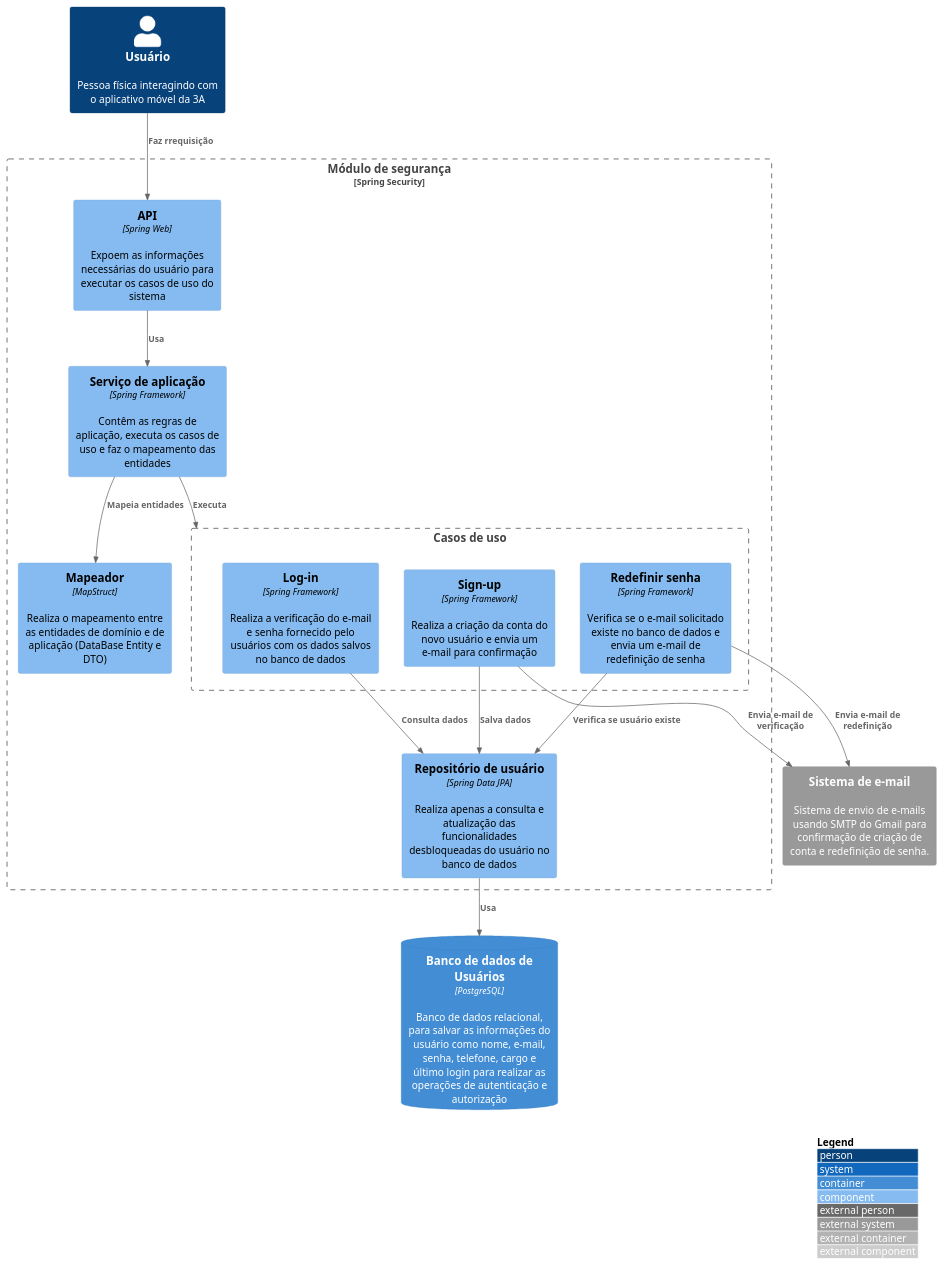
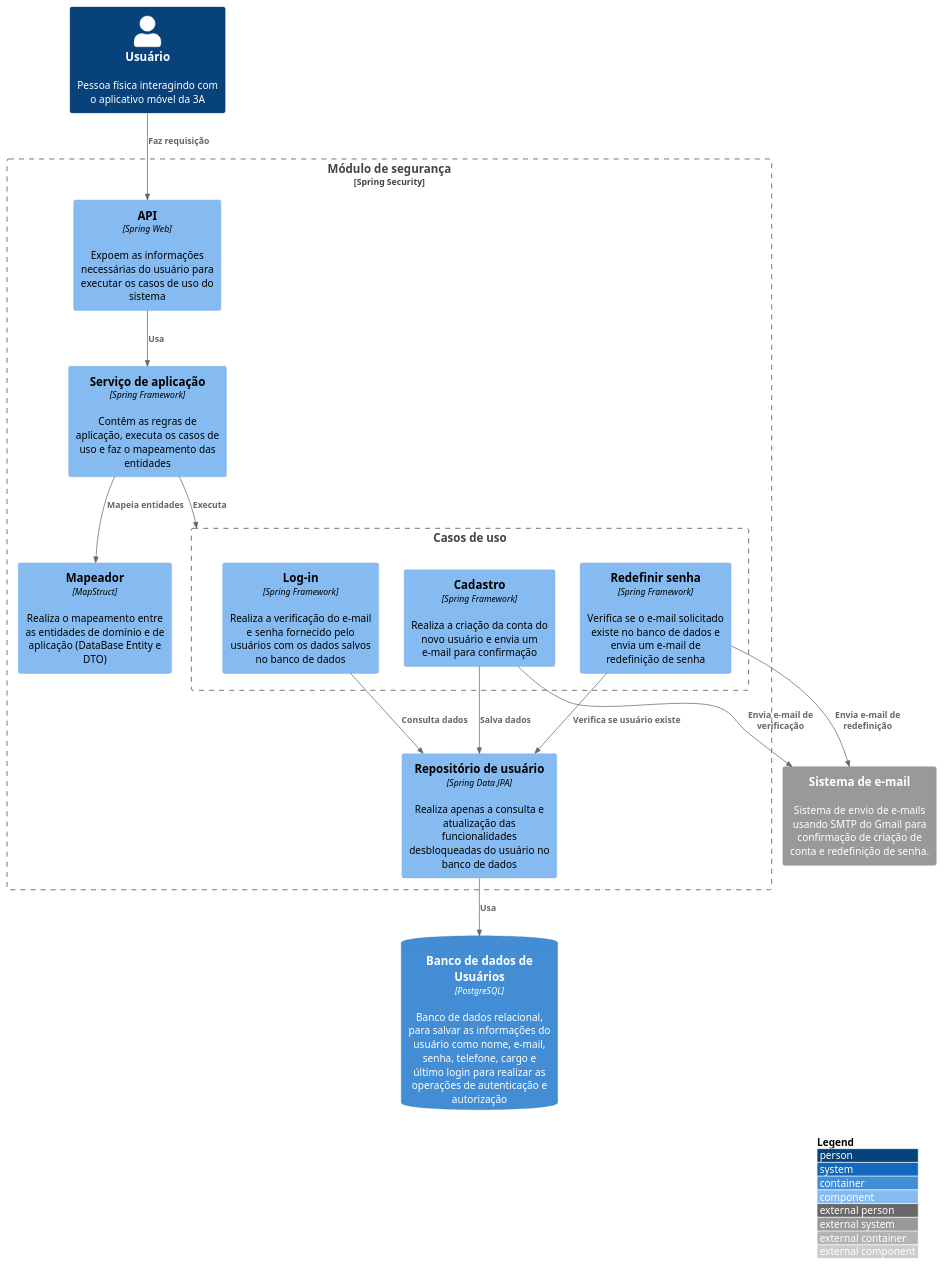
One commit to Open-3A/3A-c4-model changed the diagram in C3 Components/Back-end/Módulo de segurança/security_module.puml. Above: the diagram before and after it, drawn with PlantUML. The commit also changed 8 other files, not shown here.

Commit message:
refactor: grammar correction and diagrams hot fix

```diff
--- a/C3 Components/Back-end/Módulo de segurança/security_module.puml
+++ b/C3 Components/Back-end/Módulo de segurança/security_module.puml
@@ -1,37 +1,37 @@
 @startuml Security Module
 
 !include https://raw.githubusercontent.com/adrianvlupu/C4-PlantUML/latest/C4_Component.puml
 
 LAYOUT_WITH_LEGEND()
 
 Person(user, "Usuário", "Pessoa física interagindo com o aplicativo móvel da 3A")
 
 System_Ext(mail, "Sistema de e-mail", "Sistema de envio de e-mails usando SMTP do Gmail para confirmação de criação de conta e redefinição de senha.")
 ContainerDb(user_db, "Banco de dados de Usuários", "PostgreSQL", "Banco de dados relacional, para salvar as informações do usuário como nome, e-mail, senha, telefone, cargo e último login para realizar as operações de autenticação e autorização")
 
 Boundary(security_module, "Módulo de segurança", "Spring Security"){
   Component(security_api, "API", "Spring Web", "Expoem as informações necessárias do usuário para executar os casos de uso do sistema")
   Component(security_service, "Serviço de aplicação", "Spring Framework", "Contêm as regras de aplicação, executa os casos de uso e faz o mapeamento das entidades")
   Component(report_mapper, "Mapeador", "MapStruct", "Realiza o mapeamento entre as entidades de domínio e de aplicação (DataBase Entity e DTO)")
 
   Boundary(security_use_cases, "Casos de uso"){
     Component(login_use_case, "Log-in", "Spring Framework", "Realiza a verificação do e-mail e senha fornecido pelo usuários com os dados salvos no banco de dados")
-    Component(signup_use_case, "Sign-up", "Spring Framework", "Realiza a criação da conta do novo usuário e envia um e-mail para confirmação")
+    Component(signup_use_case, "Cadastro", "Spring Framework", "Realiza a criação da conta do novo usuário e envia um e-mail para confirmação")
     Component(reset_pwd_use_case, "Redefinir senha", "Spring Framework", "Verifica se o e-mail solicitado existe no banco de dados e envia um e-mail de redefinição de senha")
   }
 
   Component(user_repository, "Repositório de usuário", "Spring Data JPA", "Realiza apenas a consulta e atualização das funcionalidades desbloqueadas do usuário no banco de dados")
 }
 
-Rel(user, security_api, "Faz rrequisição")
+Rel(user, security_api, "Faz requisição")
 Rel(security_api, security_service, "Usa")
 Rel(security_service, report_mapper, "Mapeia entidades")
 Rel(security_service, security_use_cases, "Executa")
 Rel(user_repository, user_db, "Usa")
 Rel(login_use_case, user_repository, "Consulta dados")
 Rel(signup_use_case, user_repository, "Salva dados")
 Rel(signup_use_case, mail, "Envia e-mail de verificação")
 Rel(reset_pwd_use_case, user_repository, "Verifica se usuário existe")
 Rel(reset_pwd_use_case, mail, "Envia e-mail de redefinição")
 
 @enduml
```
